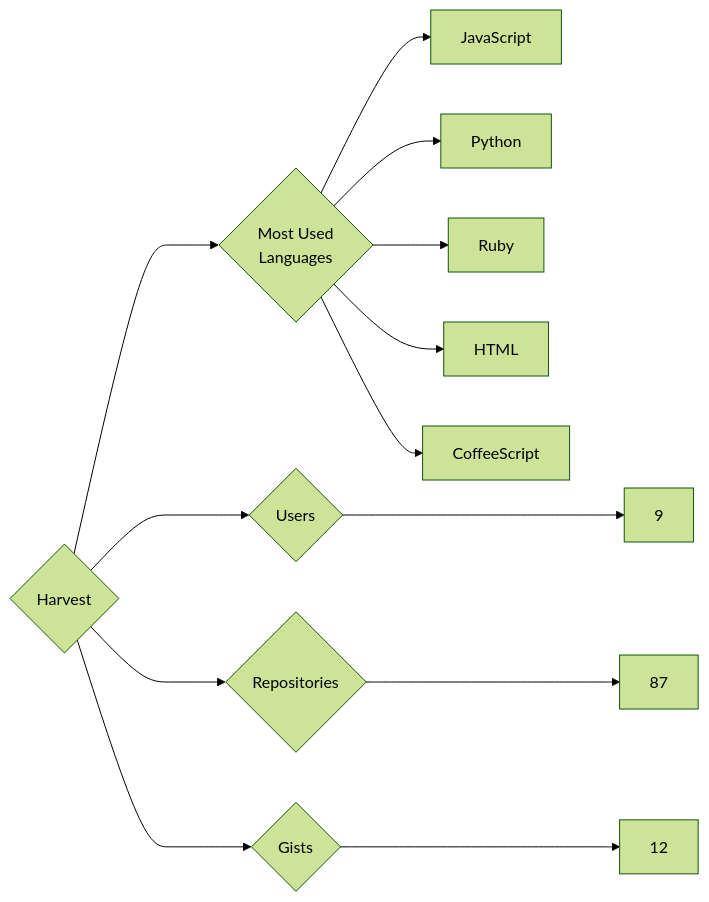
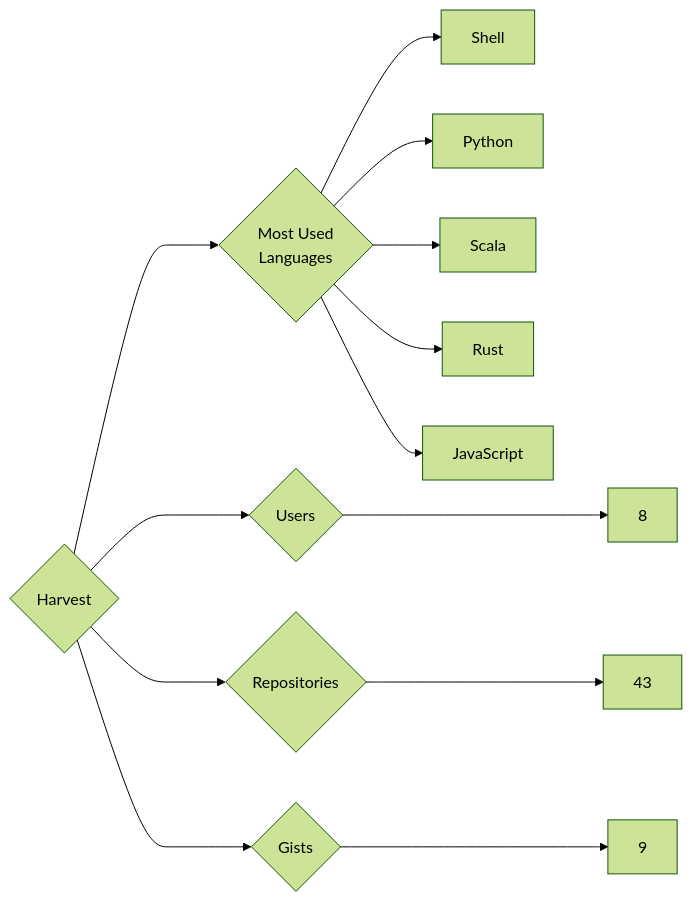
One commit to trickest/insiders changed the diagram in targets/Harvest/README.md. Above: the diagram before and after it, drawn with Mermaid (forest theme). The commit also changed 1120 other files, not shown here.

````diff
--- a/targets/Harvest/README.md
+++ b/targets/Harvest/README.md
@@ -3,13 +3,13 @@
 ```mermaid
 graph LR
 COMPANY_NAME{Harvest}
-COMPANY_NAME ---> U{Users} ---> UN[9]
-COMPANY_NAME ---> R{Repositories} ---> RN[87]
-COMPANY_NAME ---> G{Gists} ---> GN[12]
+COMPANY_NAME ---> U{Users} ---> UN[8]
+COMPANY_NAME ---> R{Repositories} ---> RN[43]
+COMPANY_NAME ---> G{Gists} ---> GN[9]
 COMPANY_NAME ---> ML{Most Used<br>Languages}
+ML --> Shell[Shell]
+ML --> Python[Python]
+ML --> Scala[Scala]
+ML --> Rust[Rust]
 ML --> JavaScript[JavaScript]
-ML --> Python[Python]
-ML --> Ruby[Ruby]
-ML --> HTML[HTML]
-ML --> CoffeeScript[CoffeeScript]
 ```
````
